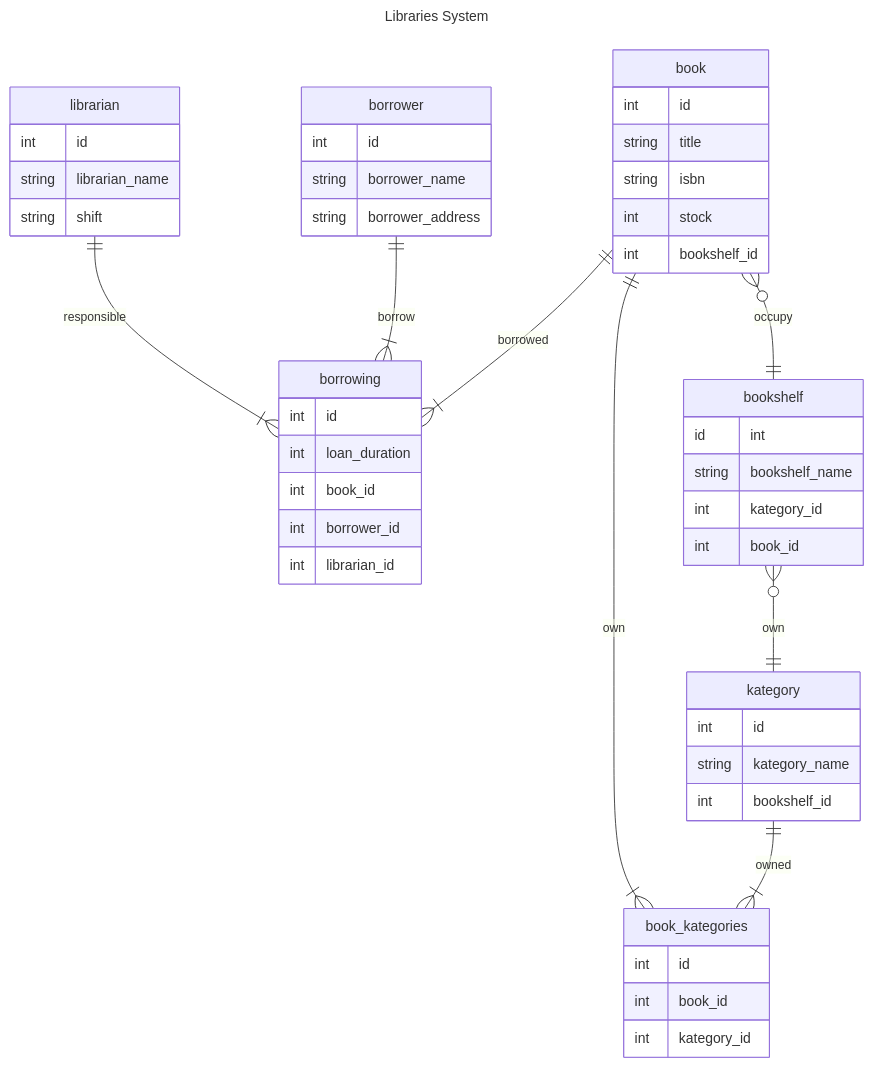
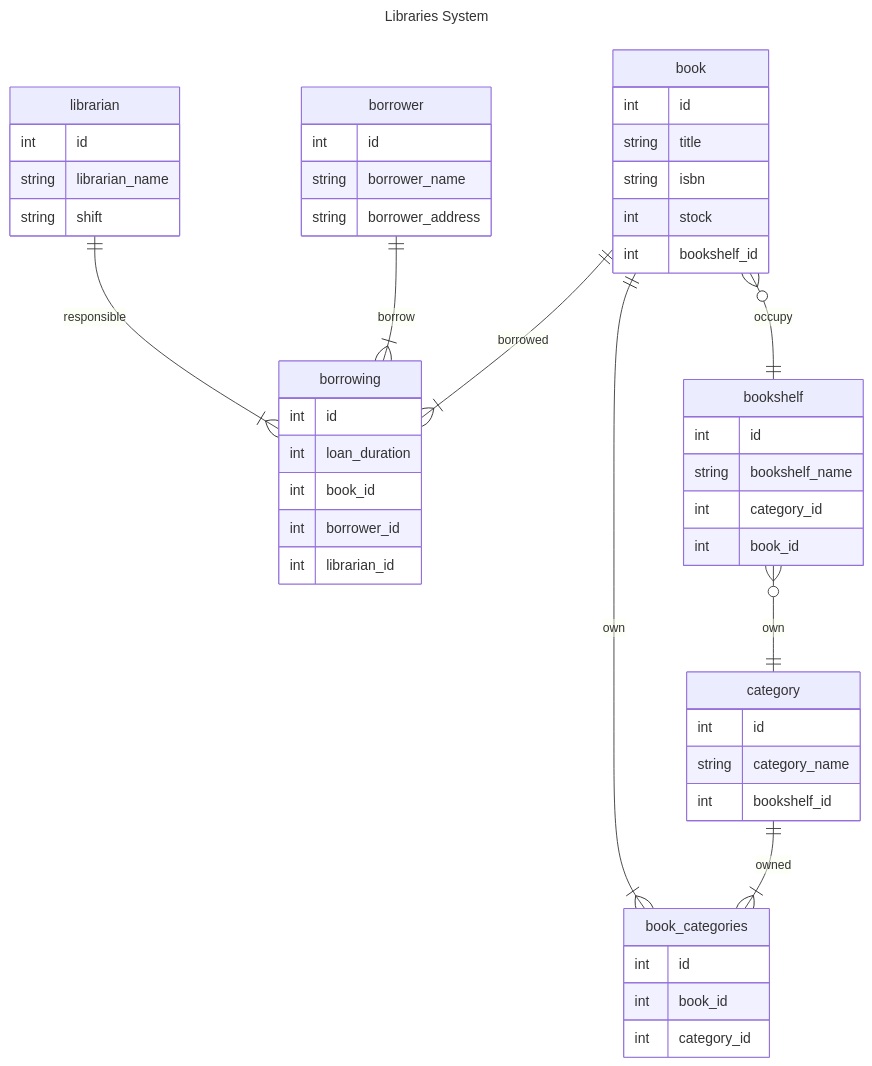
Before and after one commit to ItsnaMaulanaHasan/koda-b4-db1: the diagram in README.md, drawn with Mermaid.

Commit message:
refactor: change name table

````diff
--- a/README.md
+++ b/README.md
@@ -3,60 +3,60 @@
 ```mermaid
 ---
     title: Libraries System
 ---
 erDiagram
     book{
         int id
         string title
         string isbn
         int stock
         int bookshelf_id
     }
 
-    kategory{
+    category{
         int id
-        string kategory_name
+        string category_name
         int bookshelf_id
     }
 
     bookshelf{
-        id int
+        int id
         string bookshelf_name
-        int kategory_id
+        int category_id
         int book_id
     }
 
     librarian{
         int id
         string librarian_name
         string shift
     }
 
     borrower{
         int id
         string borrower_name
         string borrower_address
     }
 
     borrowing{
         int id
         int loan_duration
         int book_id
         int borrower_id
         int librarian_id
     }
 
-    book_kategories{
+    book_categories{
         int id
         int book_id
-        int kategory_id
+        int category_id
     }
 
     librarian ||--|{ borrowing : responsible
     borrower ||--|{ borrowing : borrow
     book ||--|{ borrowing : borrowed
-    book ||--|{ book_kategories : own
-    kategory ||--|{ book_kategories : owned
+    book ||--|{ book_categories : own
+    category ||--|{ book_categories : owned
     book }o--|| bookshelf : occupy
-    bookshelf }o--|| kategory : own
+    bookshelf }o--|| category : own
 ```
````
